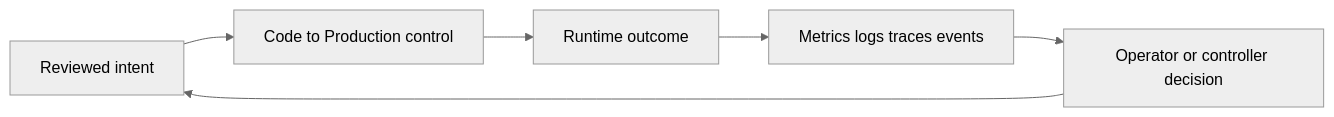
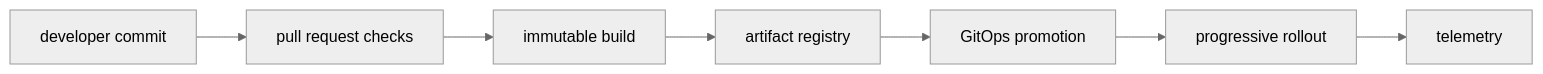
The diagram in docs/study/cicd/01-code-to-production.md (m1mohamad/devops-sre-prep), drawn with Mermaid (neutral theme) before and after one commit. The commit also changed other lines of this file and 61 other files, not shown here.

Commit message:
Replace generic architecture and study templates

````diff
--- a/docs/study/cicd/01-code-to-production.md
+++ b/docs/study/cicd/01-code-to-production.md
@@ -20,8 +15,4 @@
 ```mermaid
 flowchart LR
-  Intent[Reviewed intent] --> Control[Code to Production control]
-  Control --> Runtime[Runtime outcome]
-  Runtime --> Signals[Metrics logs traces events]
-  Signals --> Decision[Operator or controller decision]
-  Decision --> Intent
+  N0[developer commit] --> N1[pull request checks] --> N2[immutable build] --> N3[artifact registry] --> N4[GitOps promotion] --> N5[progressive rollout] --> N6[telemetry]
 ```
````
